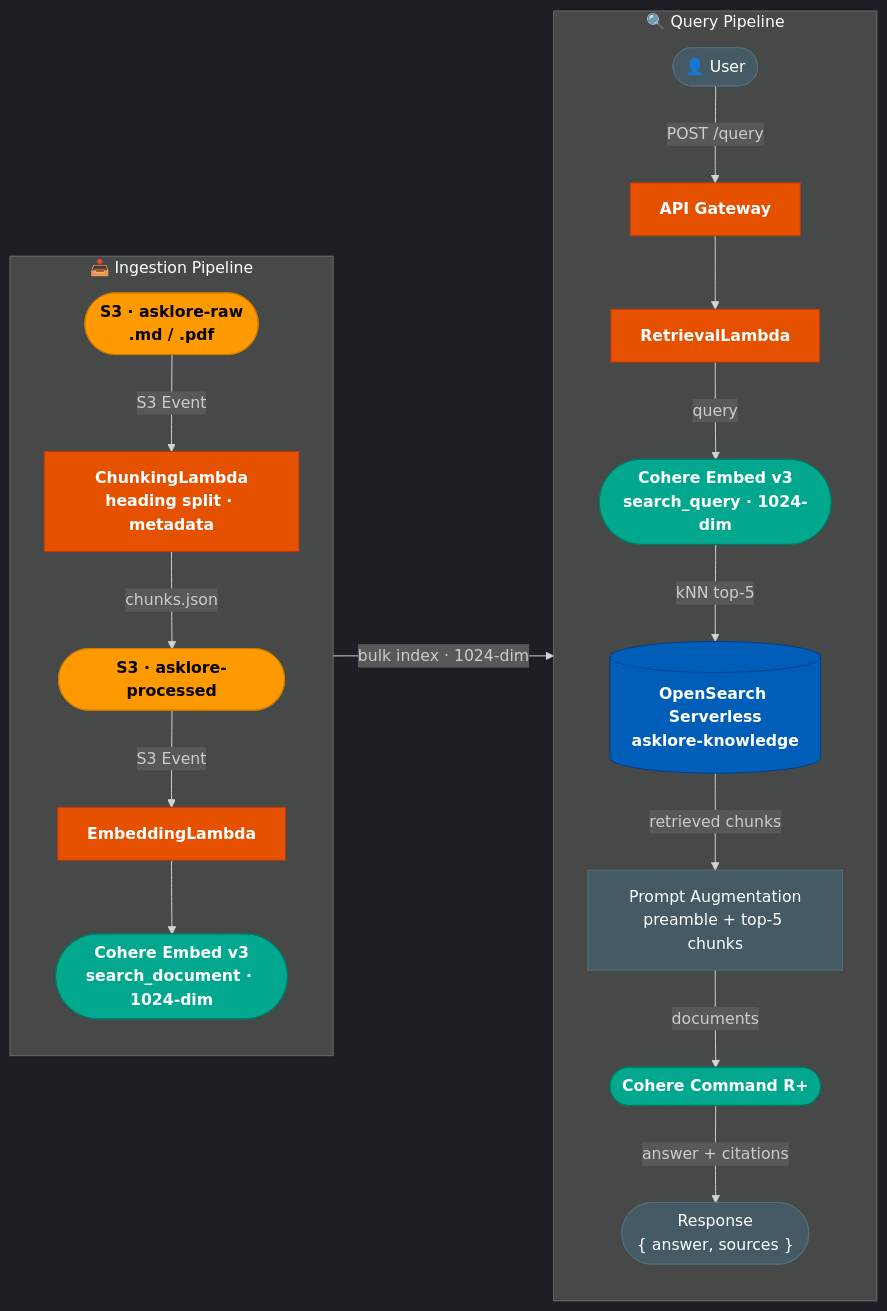
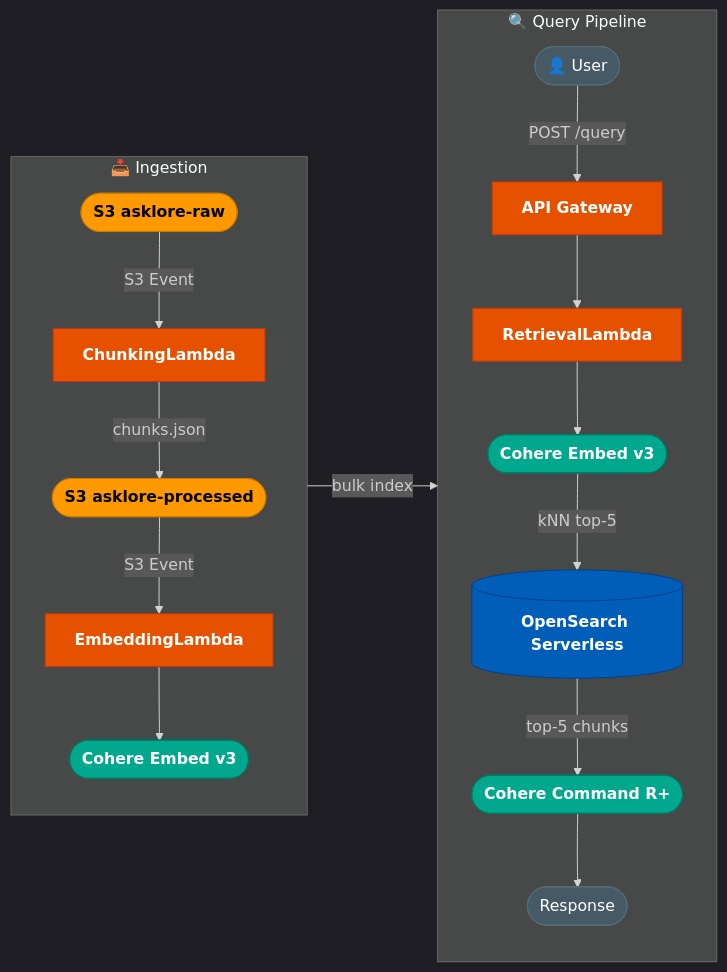
The diagram in README.md (Sunilrana1978/AskLore), drawn with Mermaid before and after one commit.

Commit message:
Compact diagram to fit 13-inch screen
- Single-line labels on all nodes (removes \n height padding)
- Chain arrows on one line per subgraph (removes vertical spacing)
- Drop Prompt Augmentation node (internal to RetrievalLambda)
- Drop Response detail text and edge label verbosity
- Left column: 5 nodes (ingestion), right column: 7 nodes (query)

````diff
--- a/README.md
+++ b/README.md
@@ -9,46 +9,34 @@
 ```mermaid
 %%{init: {'theme': 'dark'}}%%
 flowchart LR
 
     classDef s3      fill:#FF9900,stroke:#cc7a00,color:#000,font-weight:bold
     classDef lambda  fill:#E65100,stroke:#bf360c,color:#fff,font-weight:bold
     classDef bedrock fill:#01A88D,stroke:#007a67,color:#fff,font-weight:bold
     classDef os      fill:#005EB8,stroke:#003f8a,color:#fff,font-weight:bold
     classDef ext     fill:#455A64,stroke:#546E7A,color:#fff
 
-    subgraph ING["📥  Ingestion Pipeline"]
+    subgraph ING["📥 Ingestion"]
         direction TB
-        RAW(["S3 · asklore-raw\n.md / .pdf"]):::s3
-        CL["ChunkingLambda\nheading split · metadata"]:::lambda
-        PROC(["S3 · asklore-processed"]):::s3
+        RAW(["S3 asklore-raw"]):::s3
+        CL["ChunkingLambda"]:::lambda
+        PROC(["S3 asklore-processed"]):::s3
         EL["EmbeddingLambda"]:::lambda
-        CE1(["Cohere Embed v3\nsearch_document · 1024-dim"]):::bedrock
-
-        RAW -->|S3 Event| CL
-        CL -->|chunks.json| PROC
-        PROC -->|S3 Event| EL
-        EL --> CE1
+        CE1(["Cohere Embed v3"]):::bedrock
+        RAW -->|S3 Event| CL --> |chunks.json| PROC -->|S3 Event| EL --> CE1
     end
 
-    subgraph QRY["🔍  Query Pipeline"]
+    subgraph QRY["🔍 Query Pipeline"]
         direction TB
         USR(["👤 User"]):::ext
         GW["API Gateway"]:::lambda
         RL["RetrievalLambda"]:::lambda
-        CE2(["Cohere Embed v3\nsearch_query · 1024-dim"]):::bedrock
-        VS[("OpenSearch Serverless\nasklore-knowledge")]:::os
-        PA["Prompt Augmentation\npreamble + top-5 chunks"]:::ext
+        CE2(["Cohere Embed v3"]):::bedrock
+        VS[("OpenSearch Serverless")]:::os
         LLM(["Cohere Command R+"]):::bedrock
-        OUT(["Response\n{ answer, sources }"]):::ext
-
-        USR -->|POST /query| GW
-        GW --> RL
-        RL -->|query| CE2
-        CE2 -->|kNN top-5| VS
-        VS -->|retrieved chunks| PA
-        PA -->|documents| LLM
-        LLM -->|answer + citations| OUT
+        OUT(["Response"]):::ext
+        USR -->|POST /query| GW --> RL --> CE2 -->|kNN top-5| VS -->|top-5 chunks| LLM --> OUT
     end
 
-    CE1 -->|"bulk index · 1024-dim"| VS
+    CE1 -->|bulk index| VS
 ```
````
